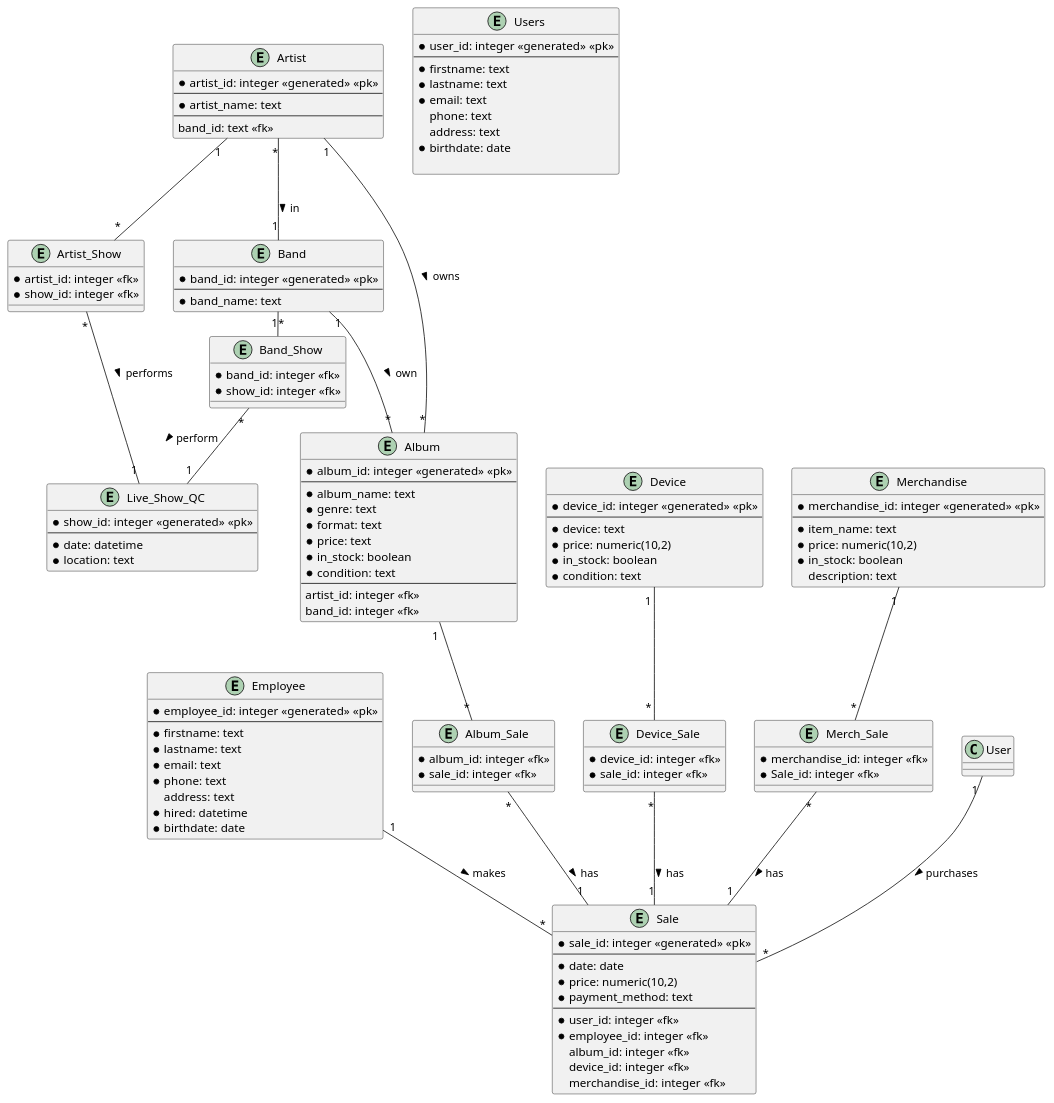
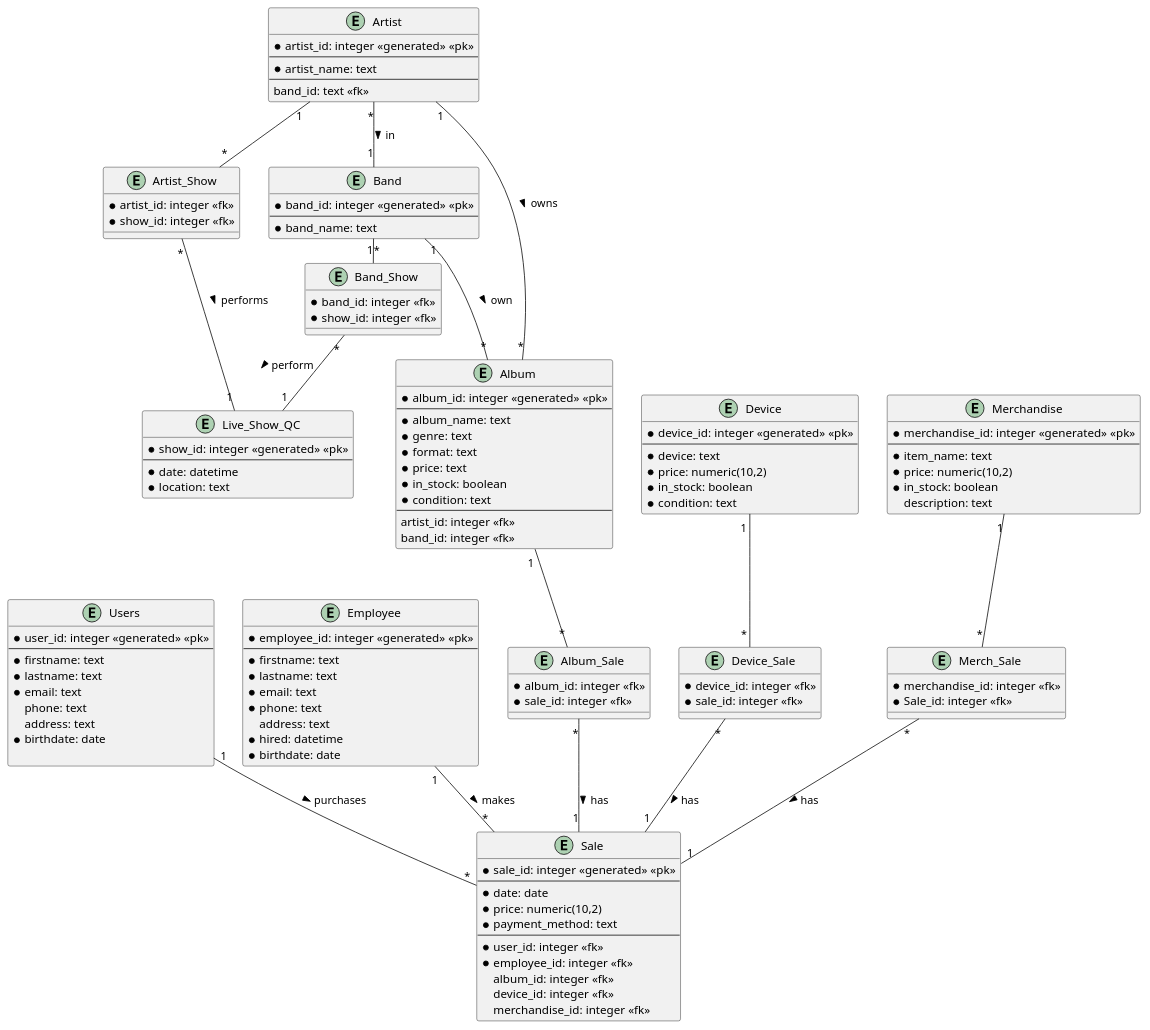
One commit to 2395037/turntables_db changed the diagram in physical.md. Above: the diagram before and after it, drawn with PlantUML. The commit also changed 1 other file, not shown here.

Commit message:
Changed table User to Users because User is already a dedicated thing

```diff
--- a/physical.md
+++ b/physical.md
@@ -118,7 +118,7 @@
 Band"1" -- "*"Album: own >
 Band"1" - "*"Band_Show
 Band_Show"*" - "1"Live_Show_QC: perform >
-User "1 " -- "*" Sale: > purchases
+Users "1 " -- "*" Sale: > purchases
 Employee "1 " -- "*" Sale: > makes
 Album " 1 " -- "*"Album_Sale
 Album_Sale"*" -- "1" Sale: > has
```
